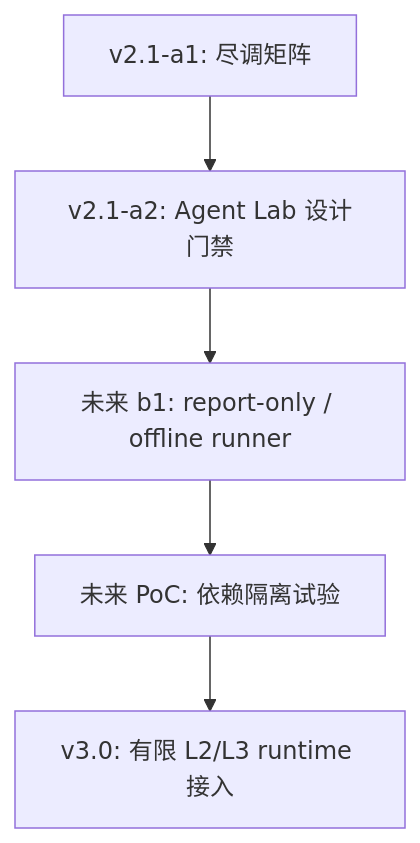
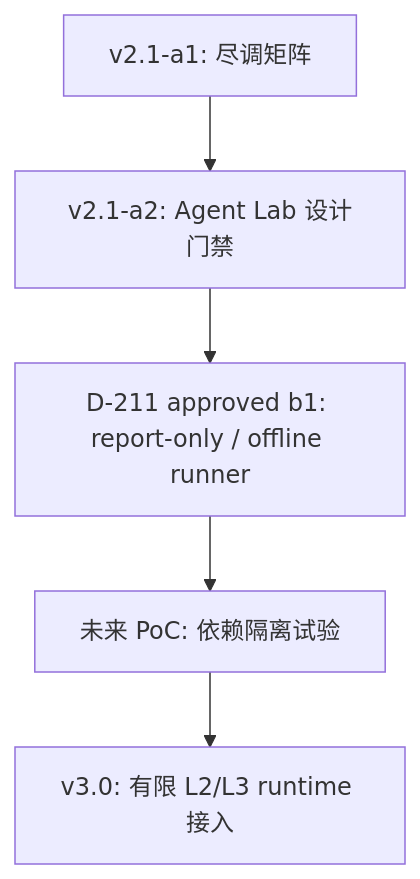
Before and after one commit to normalSp/reborn-gu-zhenren: the diagram in 指导大纲/v2.1.0/codex/00-总览/v2.1.0-a1-Agent框架吸收矩阵.md, drawn with Mermaid. The commit also changed other lines of this file and 19 other files, not shown here.

````diff
--- a/指导大纲/v2.1.0/codex/00-总览/v2.1.0-a1-Agent框架吸收矩阵.md
+++ b/指导大纲/v2.1.0/codex/00-总览/v2.1.0-a1-Agent框架吸收矩阵.md
@@ -75,13 +75,13 @@
 ```mermaid
 flowchart TD
   A1["v2.1-a1: 尽调矩阵"]
   A2["v2.1-a2: Agent Lab 设计门禁"]
-  B1["未来 b1: report-only / offline runner"]
+  B1["D-211 approved b1: report-only / offline runner"]
   POC["未来 PoC: 依赖隔离试验"]
   V3["v3.0: 有限 L2/L3 runtime 接入"]
 
   A1 --> A2
   A2 --> B1
   B1 --> POC
   POC --> V3
 ```
````
